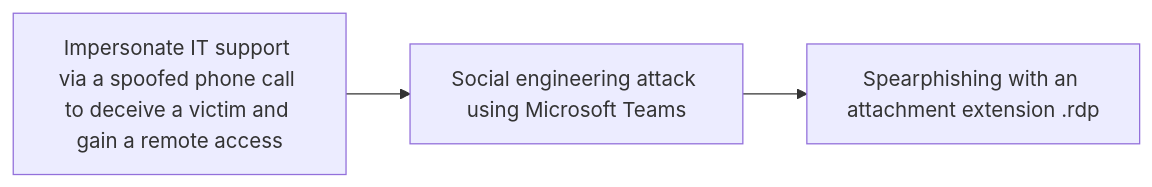
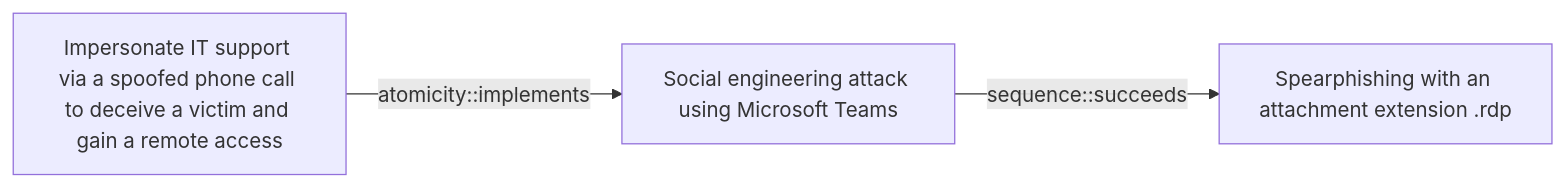
One commit to opentidehq/library changed the diagram in docs/threats/impersonate-it-support-via-a-spoofed-phone-call-to-deceive-a-victim-and-gain-a-remote-access.md. Above: the diagram before and after it, drawn with Mermaid. The commit also changed other lines of this file and 277 other files, not shown here.

````diff
--- a/docs/threats/impersonate-it-support-via-a-spoofed-phone-call-to-deceive-a-victim-and-gain-a-remote-access.md
+++ b/docs/threats/impersonate-it-support-via-a-spoofed-phone-call-to-deceive-a-victim-and-gain-a-remote-access.md
@@ -67,8 +102,8 @@
 ```mermaid
 flowchart LR
 c4456134_df7b_4969_b5ff_a24794996890["Impersonate IT support via a spoofed phone call to deceive a victim and gain a remote access"]
 06c60af1_5fa8_493c_bf9b_6b2e215819f1["Social engineering attack using Microsoft Teams"]
 58b98d75_fc63_4662_8908_a2a7f4200902["Spearphishing with an attachment extension .rdp"]
-c4456134_df7b_4969_b5ff_a24794996890 --> 06c60af1_5fa8_493c_bf9b_6b2e215819f1
-06c60af1_5fa8_493c_bf9b_6b2e215819f1 --> 58b98d75_fc63_4662_8908_a2a7f4200902
+c4456134_df7b_4969_b5ff_a24794996890 -->|atomicity::implements| 06c60af1_5fa8_493c_bf9b_6b2e215819f1
+06c60af1_5fa8_493c_bf9b_6b2e215819f1 -->|sequence::succeeds| 58b98d75_fc63_4662_8908_a2a7f4200902
 ```
````
